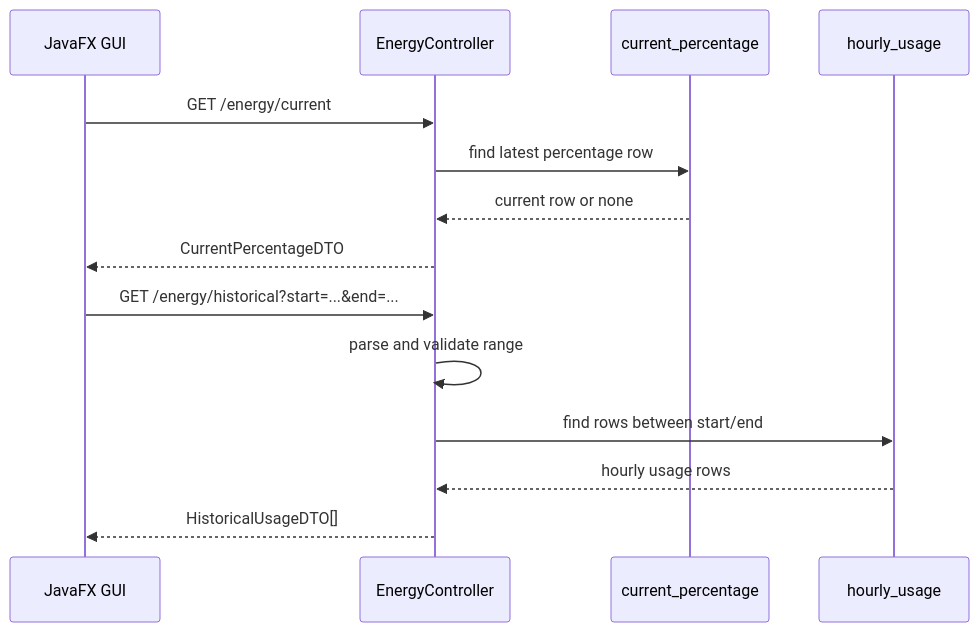
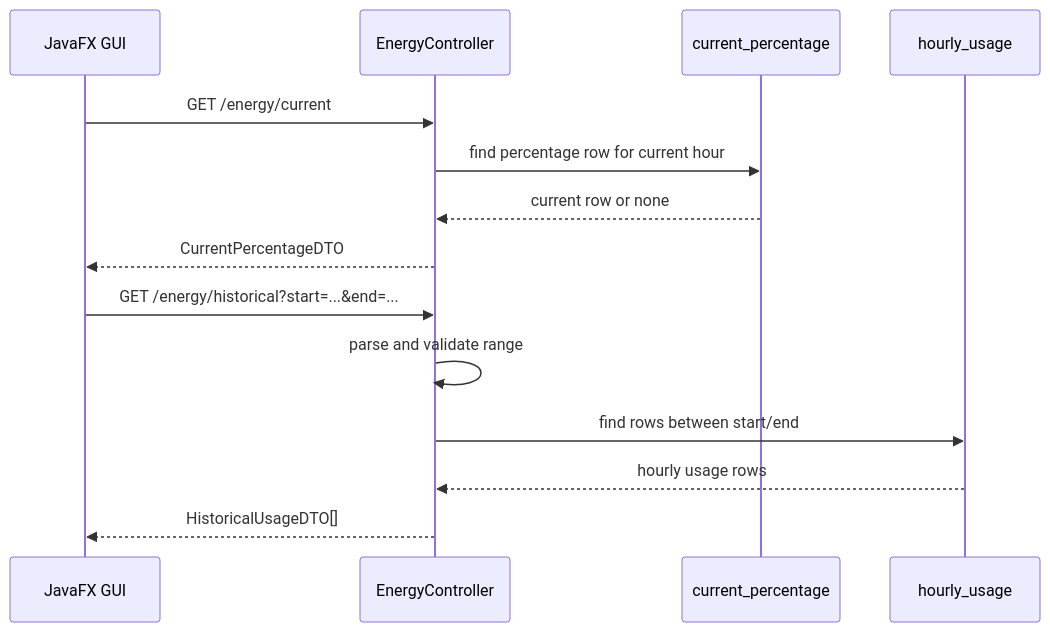
The second of 2 diagrams in docs/modules-documentation/rest-api.md (Dev02Liu/energy_community_project), drawn with Mermaid before and after one commit. The commit also changed other lines of this file and 45 other files, not shown here.

````diff
--- a/docs/modules-documentation/rest-api.md
+++ b/docs/modules-documentation/rest-api.md
@@ -82,18 +82,18 @@
 ```mermaid
 sequenceDiagram
     participant GUI as JavaFX GUI
     participant API as EnergyController
     participant CP as current_percentage
     participant HU as hourly_usage
 
     GUI->>API: GET /energy/current
-    API->>CP: find latest percentage row
+    API->>CP: find percentage row for current hour
     CP-->>API: current row or none
     API-->>GUI: CurrentPercentageDTO
 
     GUI->>API: GET /energy/historical?start=...&end=...
     API->>API: parse and validate range
     API->>HU: find rows between start/end
     HU-->>API: hourly usage rows
     API-->>GUI: HistoricalUsageDTO[]
 ```
````
